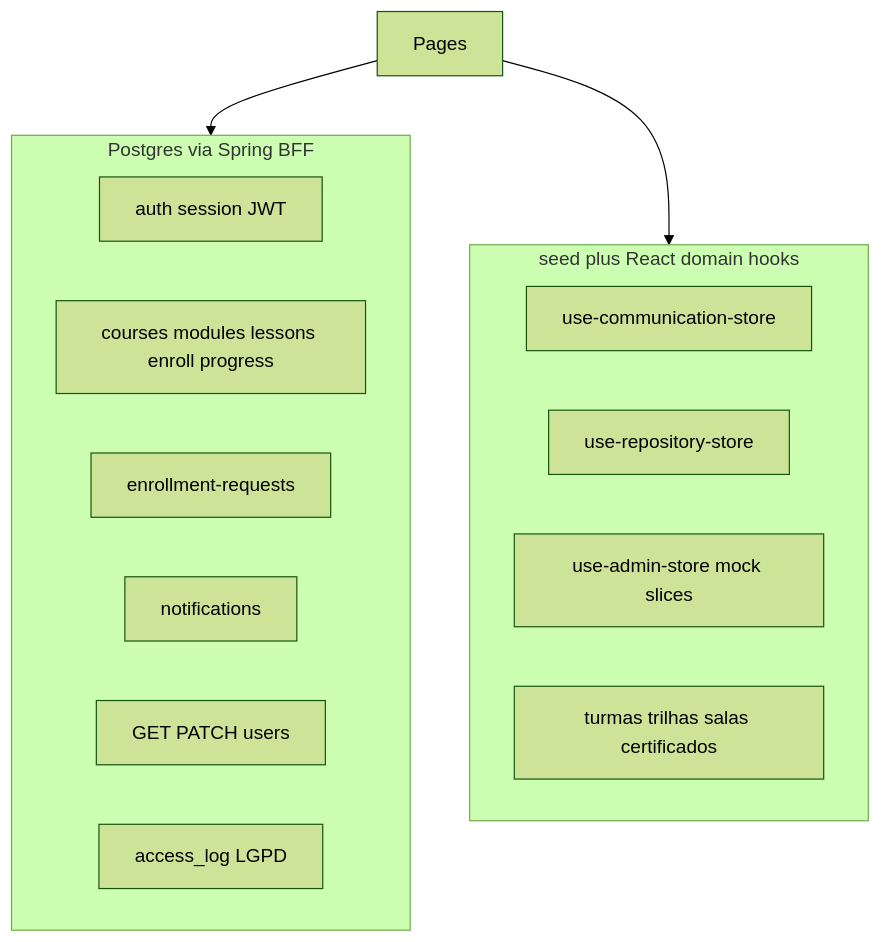
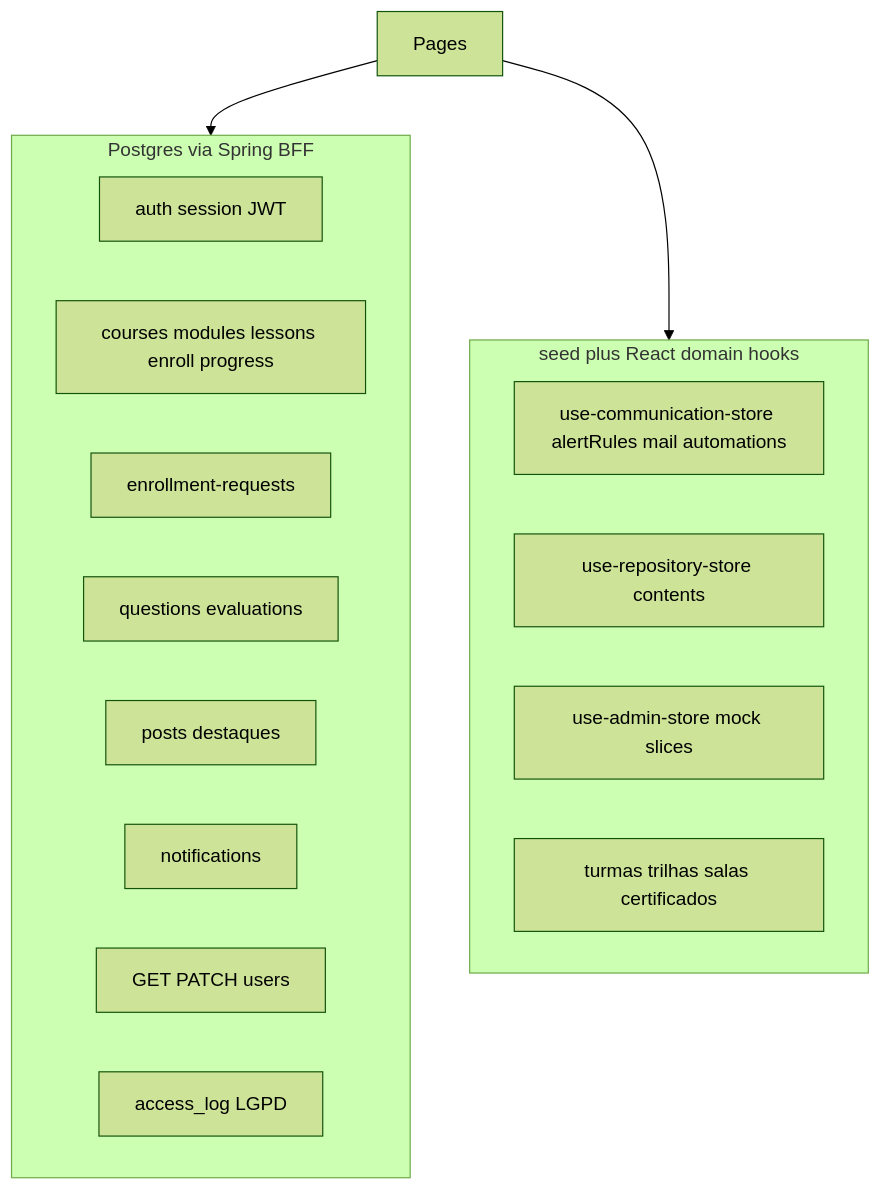
The diagram in AGENTS.md (GrigoriDevv/navoxi-lms), drawn with Mermaid (forest theme) before and after one commit. The commit also changed other lines of this file and 51 other files, not shown here.

First line of the commit message:
feat: persist questions and evaluations (#33)

````diff
--- a/AGENTS.md
+++ b/AGENTS.md
@@ -22,19 +24,21 @@
 ```mermaid
 flowchart TB
   subgraph java [Postgres via Spring BFF]
     Auth[auth session JWT]
     Learn[courses modules lessons enroll progress]
     EnrollReq[enrollment-requests]
+    QuestionsEval[questions evaluations]
+    PostsDestaques[posts destaques]
     Notif[notifications]
     UsersAdmin[GET PATCH users]
     AccessLog[access_log LGPD]
   end
   subgraph mock [seed plus React domain hooks]
-    Comm[use-communication-store]
-    Repo[use-repository-store]
+    CommMock[use-communication-store alertRules mail automations]
+    RepoContents[use-repository-store contents]
     AdminMock[use-admin-store mock slices]
     LearnMock[turmas trilhas salas certificados]
   end
   UI[Pages] --> java
   UI --> mock
 ```
````
